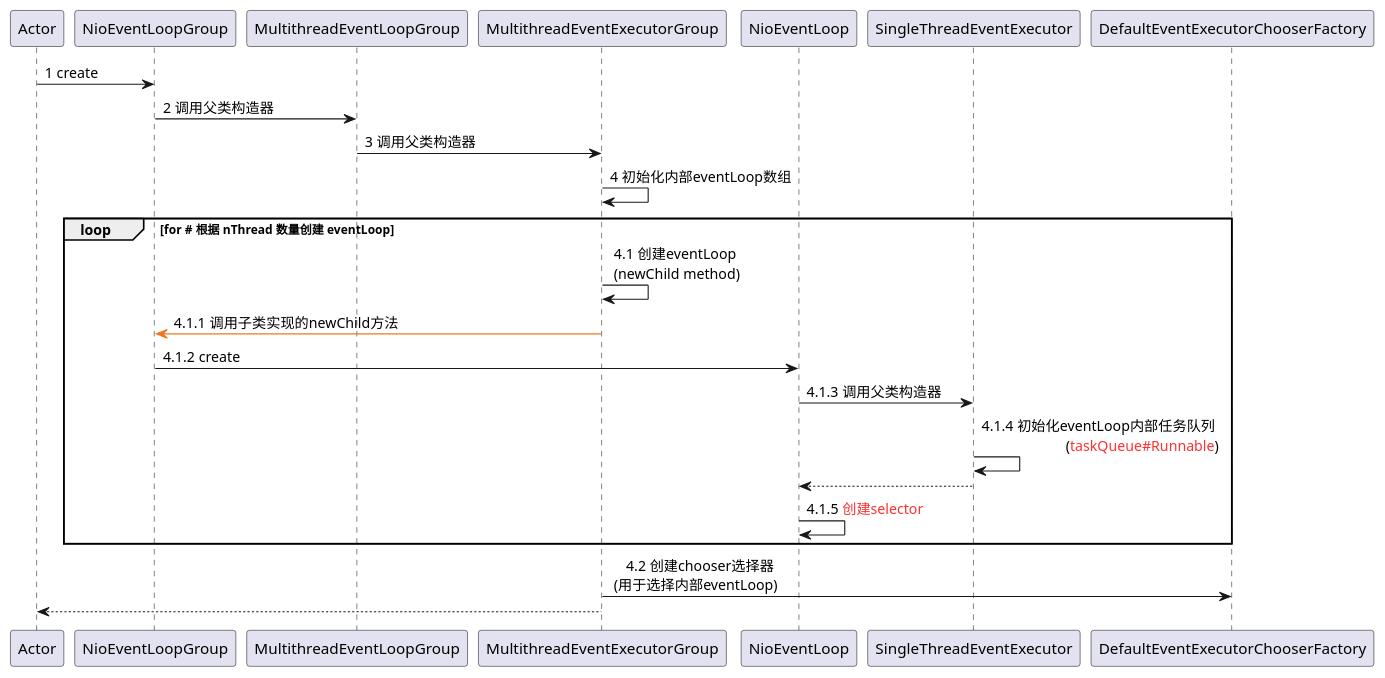
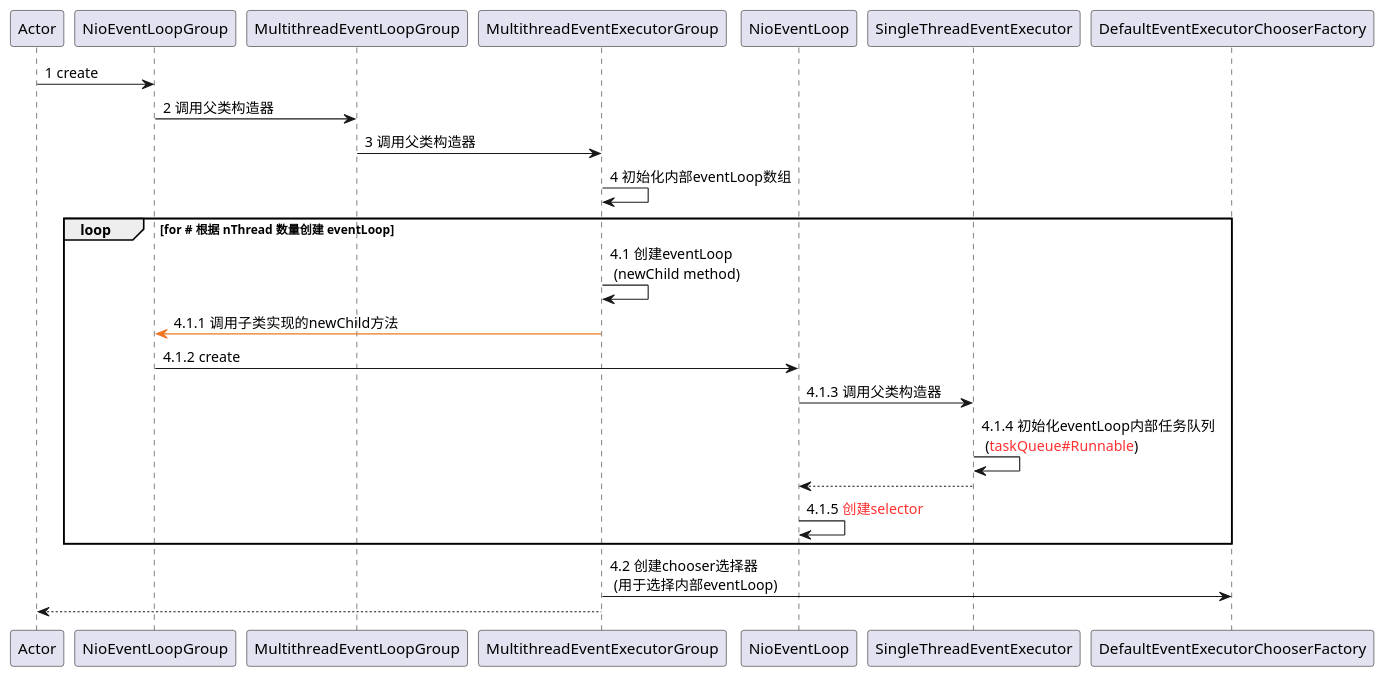
The diagram in puml/NioEventLoopGroup.puml (Simba-cheng/netty), drawn with PlantUML before and after one commit. The commit also changed 1 other file, not shown here.

```diff
--- a/puml/NioEventLoopGroup.puml
+++ b/puml/NioEventLoopGroup.puml
@@ -1,19 +1,19 @@
 @startuml participant
 
 Actor -> NioEventLoopGroup: 1 create
 NioEventLoopGroup -> MultithreadEventLoopGroup: 2 调用父类构造器
 MultithreadEventLoopGroup -> MultithreadEventExecutorGroup: 3 调用父类构造器
 MultithreadEventExecutorGroup -> MultithreadEventExecutorGroup: 4 初始化内部eventLoop数组
 loop for # 根据 nThread 数量创建 eventLoop
-MultithreadEventExecutorGroup -> MultithreadEventExecutorGroup: 4.1 创建eventLoop \r (newChild method)
+MultithreadEventExecutorGroup -> MultithreadEventExecutorGroup: 4.1 创建eventLoop \n (newChild method)
 NioEventLoopGroup <-[#EE7621] MultithreadEventExecutorGroup: 4.1.1 调用子类实现的newChild方法
 NioEventLoopGroup -> NioEventLoop: 4.1.2 create
 NioEventLoop -> SingleThreadEventExecutor: 4.1.3 调用父类构造器
-SingleThreadEventExecutor -> SingleThreadEventExecutor: 4.1.4 初始化eventLoop内部任务队列 \r (<color:#FF3030>taskQueue#Runnable</color>)
+SingleThreadEventExecutor -> SingleThreadEventExecutor: 4.1.4 初始化eventLoop内部任务队列 \n (<color:#FF3030>taskQueue#Runnable</color>)
 NioEventLoop <-- SingleThreadEventExecutor
 NioEventLoop -> NioEventLoop: 4.1.5 <color:#FF3030>创建selector</color>
 end
-MultithreadEventExecutorGroup -> DefaultEventExecutorChooserFactory: 4.2 创建chooser选择器 \r (用于选择内部eventLoop)
+MultithreadEventExecutorGroup -> DefaultEventExecutorChooserFactory: 4.2 创建chooser选择器 \n (用于选择内部eventLoop)
 
 Actor <-- MultithreadEventExecutorGroup
 @enduml
```
